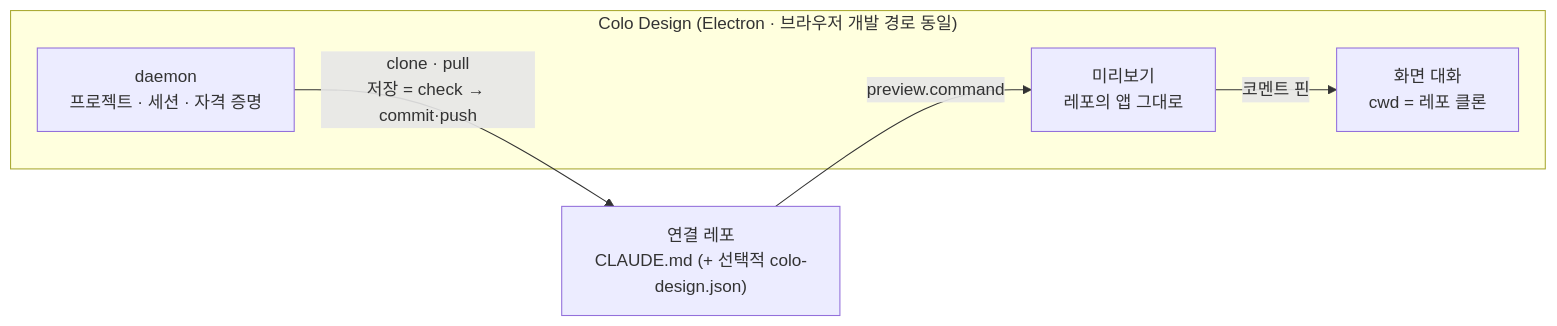
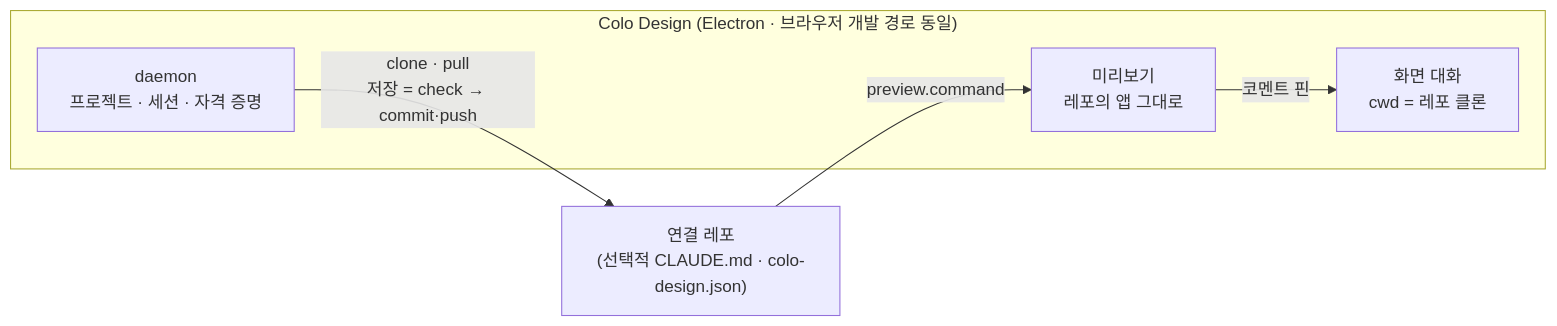
One commit to inkwonjung-colosseum/colo-design changed the second of 2 diagrams in README.md. Above: the diagram before and after it, drawn with Mermaid. The commit also changed other lines of this file and 43 other files, not shown here.

````diff
--- a/README.md
+++ b/README.md
@@ -703,12 +651,12 @@
 ```mermaid
 flowchart LR
     subgraph app["Colo Design (Electron · 브라우저 개발 경로 동일)"]
         design["화면 대화<br/>cwd = 레포 클론"]
         preview["미리보기<br/>레포의 앱 그대로"]
         daemon["daemon<br/>프로젝트 · 세션 · 자격 증명"]
     end
-    repo["연결 레포<br/>CLAUDE.md (+ 선택적 colo-design.json)"]
+    repo["연결 레포<br/>(선택적 CLAUDE.md · colo-design.json)"]
     daemon -->|"clone · pull<br/>저장 = check → commit·push"| repo
     repo -->|"preview.command"| preview
     preview -->|"코멘트 핀"| design
 ```
````
